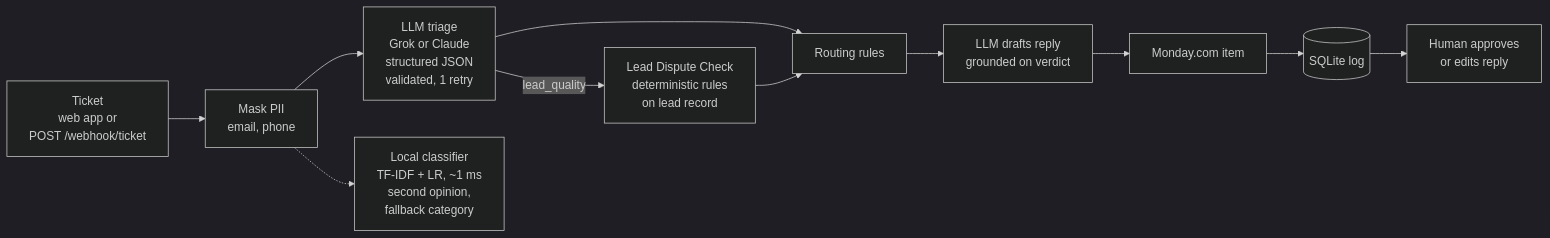
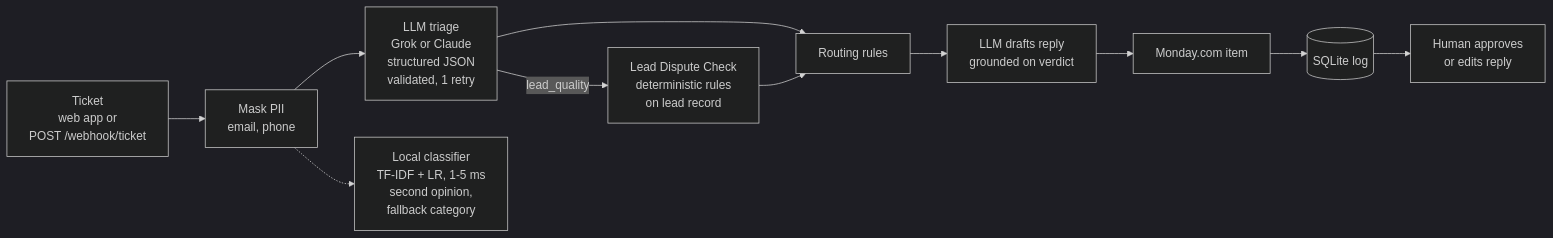
One commit to harshitrajchaurasia/leaddesk-ai changed the diagram in README.md. Above: the diagram before and after it, drawn with Mermaid (dark theme). The commit also changed other lines of this file and 14 other files, not shown here.

````diff
--- a/README.md
+++ b/README.md
@@ -31,13 +31,13 @@
 ```mermaid
 flowchart LR
     A[Ticket<br/>web app or<br/>POST /webhook/ticket] --> B[Mask PII<br/>email, phone]
     B --> C[LLM triage<br/>Grok or Claude<br/>structured JSON<br/>validated, 1 retry]
     C -->|lead_quality| D[Lead Dispute Check<br/>deterministic rules<br/>on lead record]
     C --> E[Routing rules]
     D --> E
     E --> F[LLM drafts reply<br/>grounded on verdict]
     F --> G[Monday.com item]
     G --> H[(SQLite log)]
     H --> I[Human approves<br/>or edits reply]
-    B -.-> J[Local classifier<br/>TF-IDF + LR, ~1 ms<br/>second opinion,<br/>fallback category]
+    B -.-> J[Local classifier<br/>TF-IDF + LR, 1-5 ms<br/>second opinion,<br/>fallback category]
 ```
````
